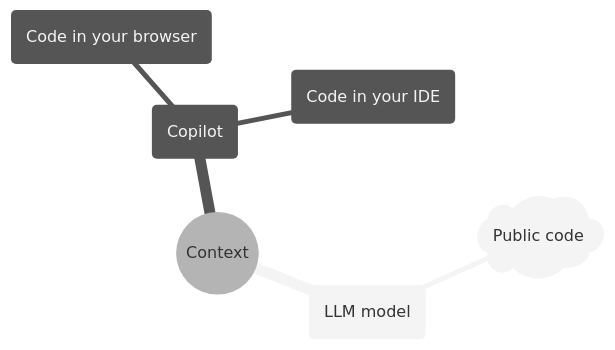
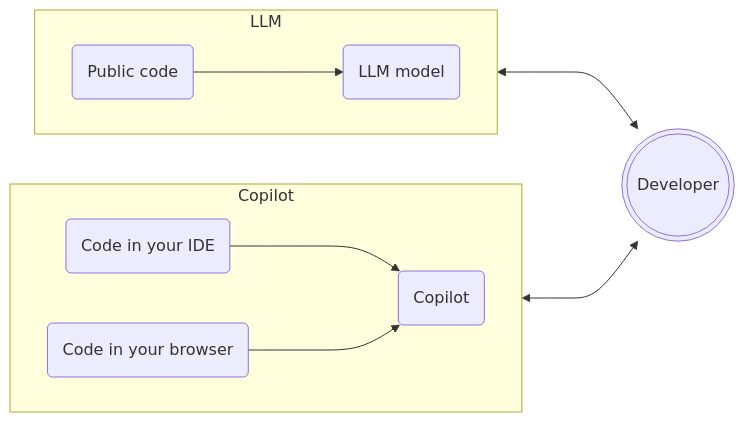
The third of 7 diagrams in 10x-developer-productivity/slides.md (pieces-app/workshops), drawn with Mermaid before and after one commit. The commit also changed other lines of this file and 1 other file, not shown here.

Commit message:
Improving mermaid diagrams

````diff
--- a/10x-developer-productivity/slides.md
+++ b/10x-developer-productivity/slides.md
@@ -266,10 +271,14 @@
 ```mermaid
-%%{init: {'theme': 'neutral' } }%%
-mindmap
-  root((Context))
-    llm-model(LLM model)
-      public-cloud)Public code(
-    copilot-ide(Copilot)
-      code-ide(Code in your IDE)
-      web(Code in your browser)
+flowchart LR
+    subgraph LLM
+        direction LR
+        public-cloud(Public code)--->llm-model(LLM model)
+    end
+    subgraph Copilot
+        direction LR
+        code-ide(Code in your IDE)--->copilot-ide(Copilot)
+        web(Code in your browser)--->copilot-ide(Copilot)
+    end
+    LLM<--->context(((Developer)))
+    Copilot<--->context(((Developer)))
 ```
````
